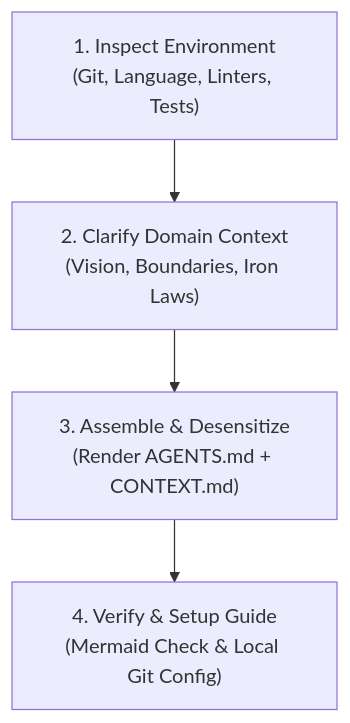
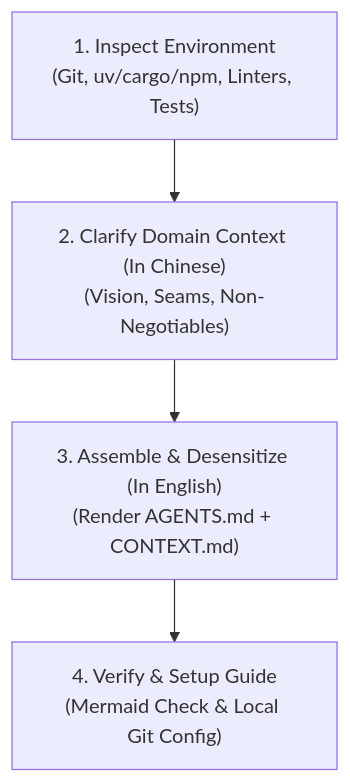
The diagram in core/init-agents/SKILL.md (K0maru/k0maru-skills), drawn with Mermaid before and after one commit. The commit also changed other lines of this file and 2 other files, not shown here.

Commit message:
feat(init-agents): localize templates to compact English and formalize anti-bloat invariants

````diff
--- a/core/init-agents/SKILL.md
+++ b/core/init-agents/SKILL.md
@@ -12,6 +17,6 @@
 ```mermaid
 flowchart TD
-    S1["1. Inspect Environment<br/>(Git, Language, Linters, Tests)"] --> S2["2. Clarify Domain Context<br/>(Vision, Boundaries, Iron Laws)"]
-    S2 --> S3["3. Assemble & Desensitize<br/>(Render AGENTS.md + CONTEXT.md)"]
+    S1["1. Inspect Environment<br/>(Git, uv/cargo/npm, Linters, Tests)"] --> S2["2. Clarify Domain Context (In Chinese)<br/>(Vision, Seams, Non-Negotiables)"]
+    S2 --> S3["3. Assemble & Desensitize (In English)<br/>(Render AGENTS.md + CONTEXT.md)"]
     S3 --> S4["4. Verify & Setup Guide<br/>(Mermaid Check & Local Git Config)"]
 ```
````
